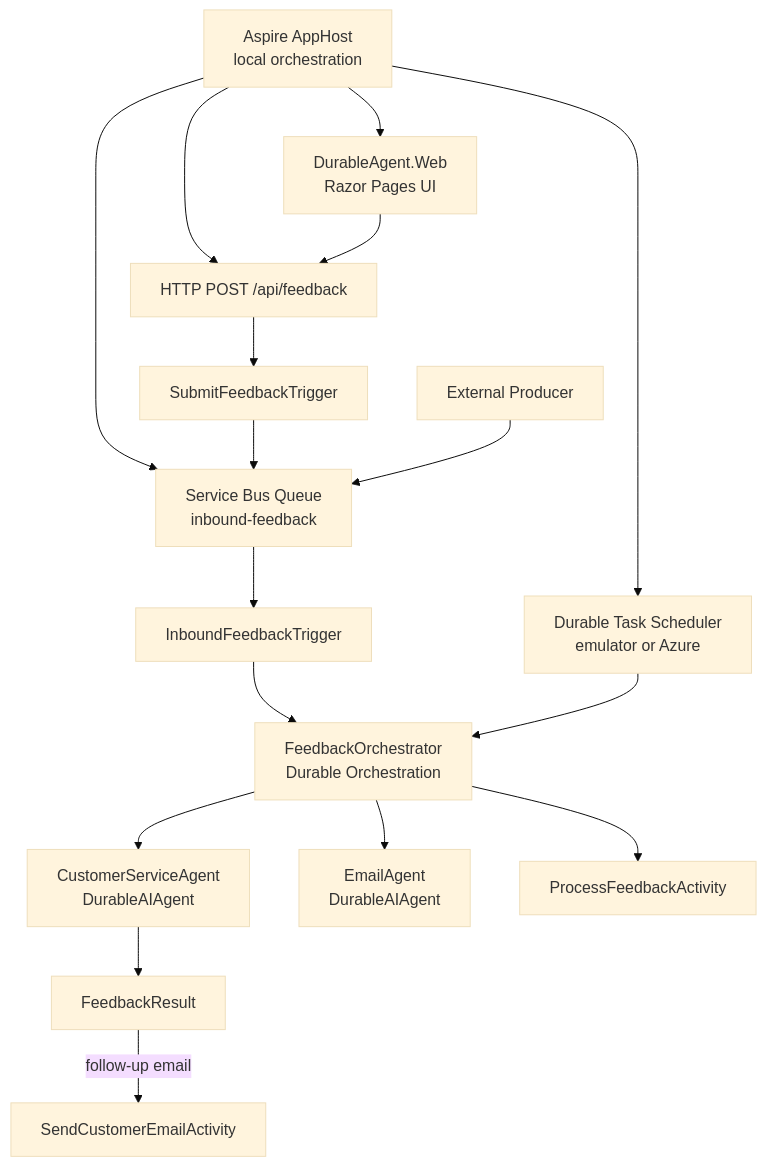
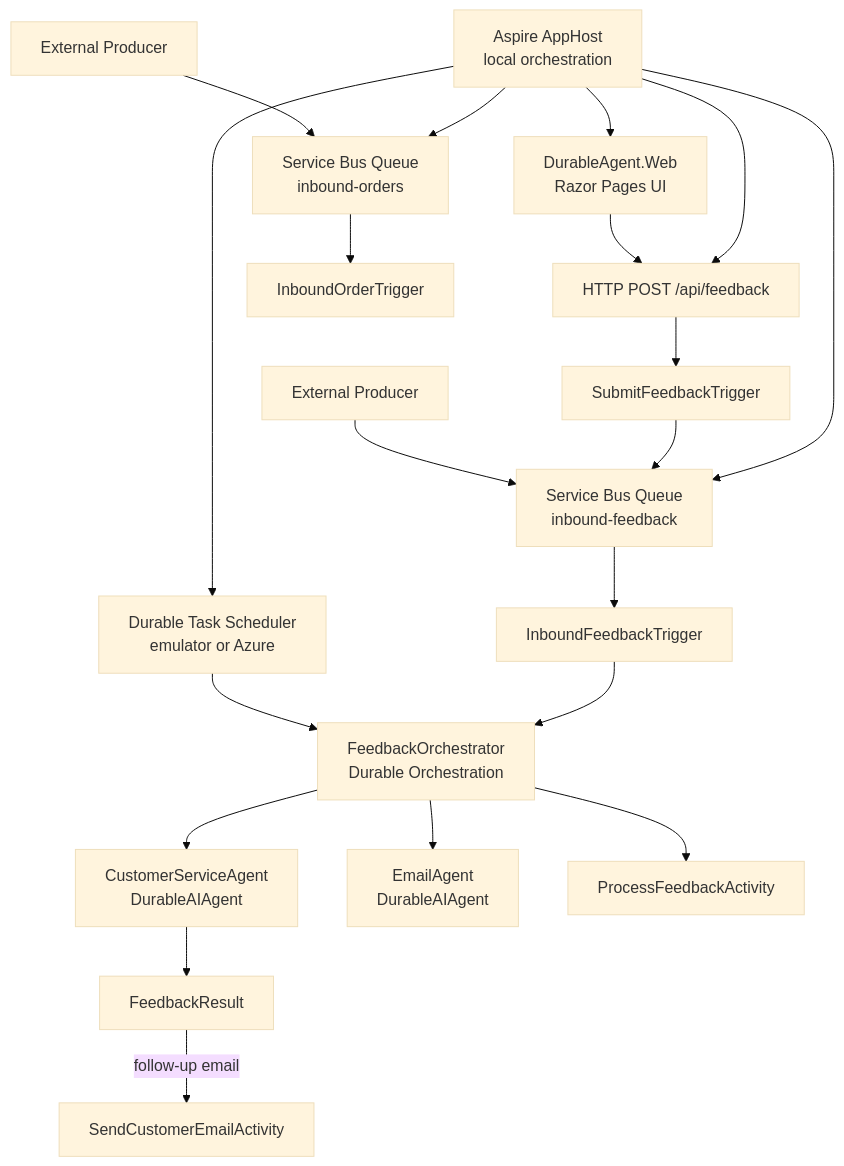
The diagram in README.md (mcollier/durable-agent-demo), drawn with Mermaid (base theme) before and after one commit. The commit also changed other lines of this file and 15 other files, not shown here.

First line of the commit message:
Add inbound order queue processing via Service Bus (#29)

````diff
--- a/README.md
+++ b/README.md
@@ -15,19 +15,22 @@
 ```mermaid
 flowchart TD
   Aspire[Aspire AppHost<br/>local orchestration] --> Web[DurableAgent.Web<br/>Razor Pages UI]
   Aspire --> Http[SubmitFeedbackTrigger<br/>Azure Functions]
   Aspire --> Queue[Service Bus Queue<br/>inbound-feedback]
+  Aspire --> OrderQueue[Service Bus Queue<br/>inbound-orders]
   Aspire --> DTS[Durable Task Scheduler<br/>emulator or Azure]
     Web[DurableAgent.Web<br/>Razor Pages UI] --> Http[HTTP POST /api/feedback]
     Http --> Submit[SubmitFeedbackTrigger]
     Submit --> Queue[Service Bus Queue<br/>inbound-feedback]
     Producer[External Producer] --> Queue
     Queue --> Inbound[InboundFeedbackTrigger]
     Inbound --> Orchestrator[FeedbackOrchestrator<br/>Durable Orchestration]
     Orchestrator --> Agent[CustomerServiceAgent<br/>DurableAIAgent]
   Orchestrator --> EmailAgent[EmailAgent<br/>DurableAIAgent]
     Orchestrator --> Process[ProcessFeedbackActivity]
     Agent --> Result[FeedbackResult]
     Result -->|follow-up email| Email[SendCustomerEmailActivity]
   DTS --> Orchestrator
+  OrderProducer[External Producer] --> OrderQueue
+  OrderQueue --> InboundOrder[InboundOrderTrigger]
 ```
````
